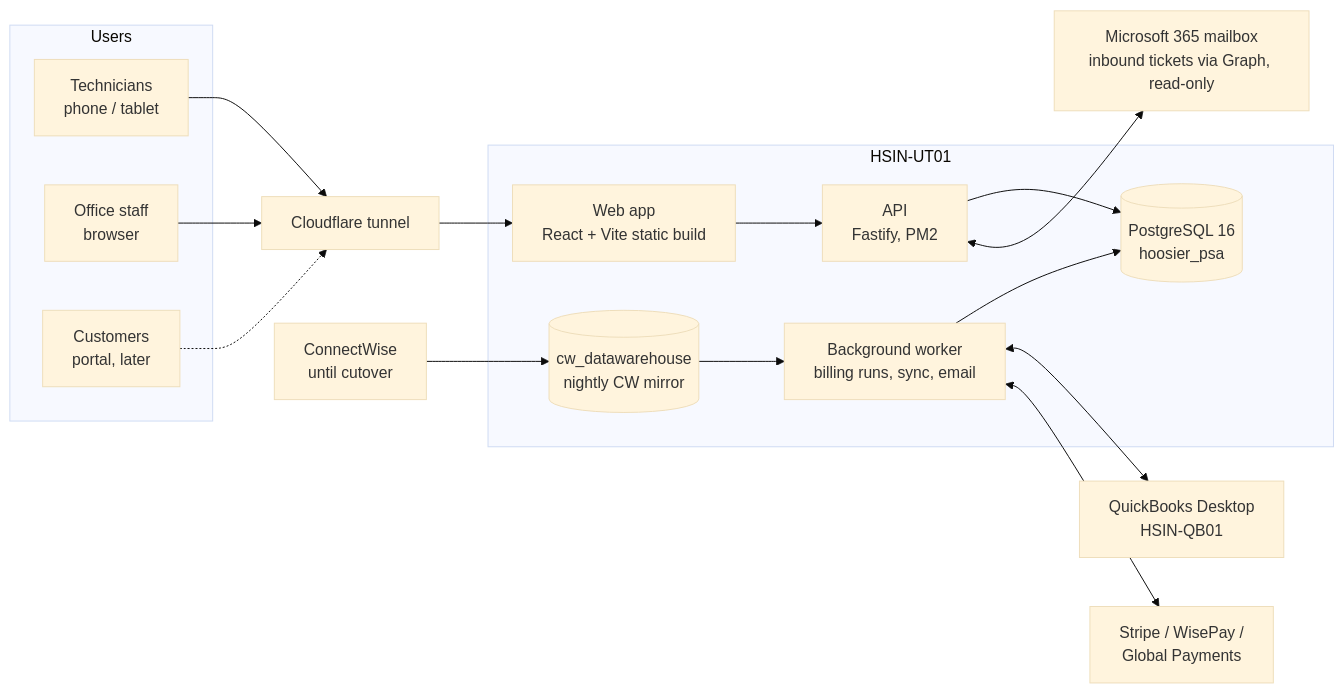
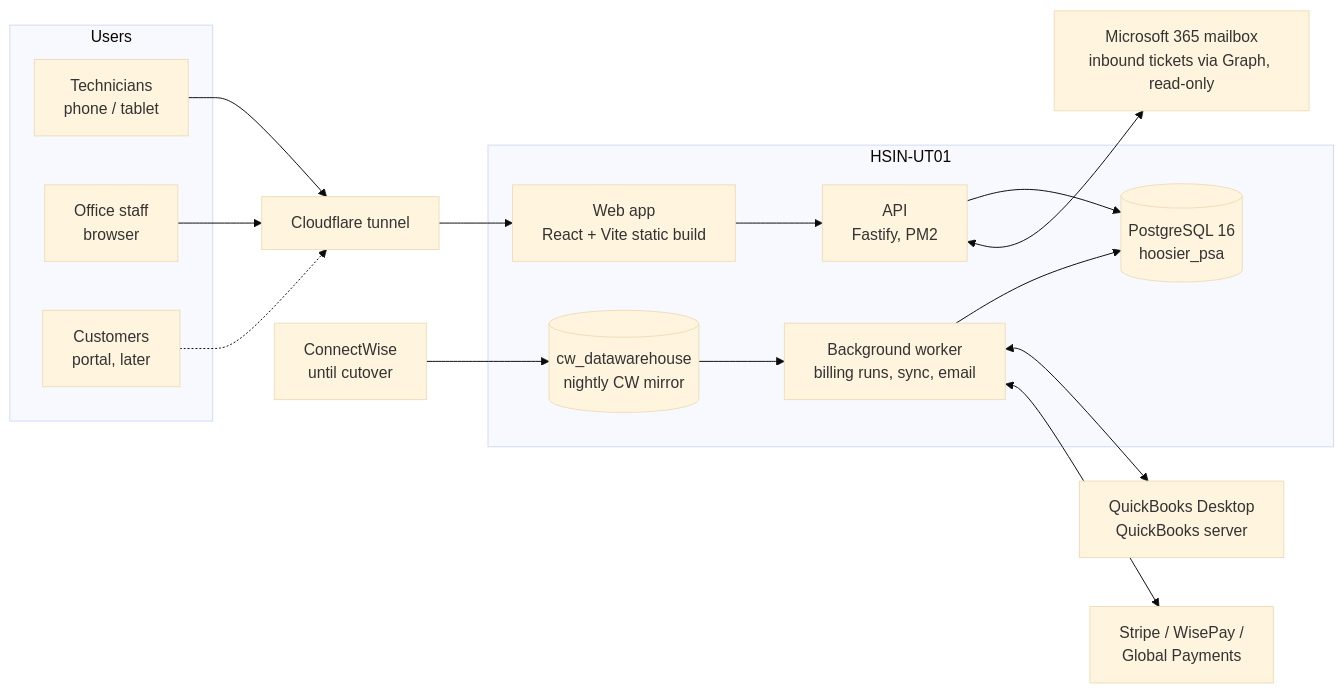
The diagram in docs/02-architecture.md (jake-s-Hoosier/hoosier-psa), drawn with Mermaid (base theme) before and after one commit. The commit also changed 11 other files, not shown here.

First line of the commit message:
QuickBooks mapping spike: findings, InvoiceAdd builder, read-only preview

````diff
--- a/docs/02-architecture.md
+++ b/docs/02-architecture.md
@@ -5,30 +5,30 @@
 ```mermaid
 flowchart LR
   subgraph Users
     T[Technicians<br/>phone / tablet]
     O[Office staff<br/>browser]
     C[Customers<br/>portal, later]
   end
   subgraph HSIN-UT01
     W[Web app<br/>React + Vite static build]
     A[API<br/>Fastify, PM2]
     J[Background worker<br/>billing runs, sync, email]
     DB[(PostgreSQL 16<br/>hoosier_psa)]
     MIR[(cw_datawarehouse<br/>nightly CW mirror)]
   end
   CF[Cloudflare tunnel]
-  QB[QuickBooks Desktop<br/>HSIN-QB01]
+  QB[QuickBooks Desktop<br/>QuickBooks server]
   MAIL[Microsoft 365 mailbox<br/>inbound tickets via Graph, read-only]
   PAY[Stripe / WisePay /<br/>Global Payments]
   CW[ConnectWise<br/>until cutover]
 
   T --> CF --> W
   O --> CF
   C -.-> CF
   W --> A --> DB
   J --> DB
   A <--> MAIL
   J <--> QB
   J <--> PAY
   CW --> MIR --> J
 ```
````
